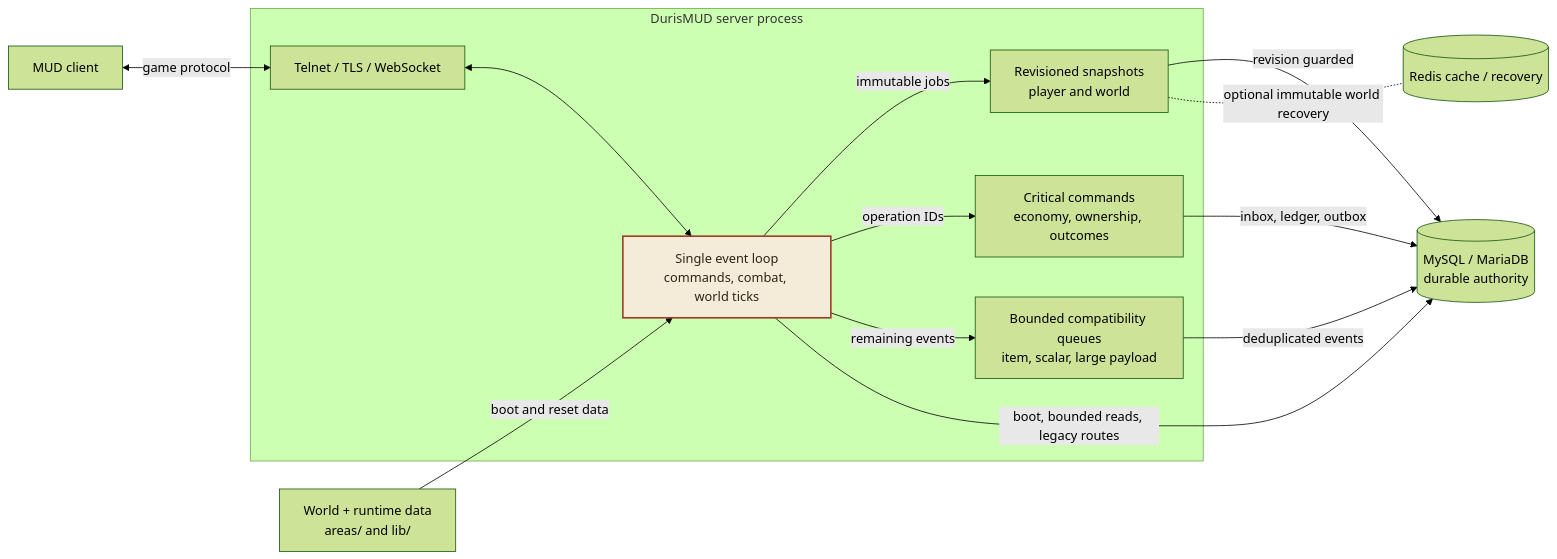
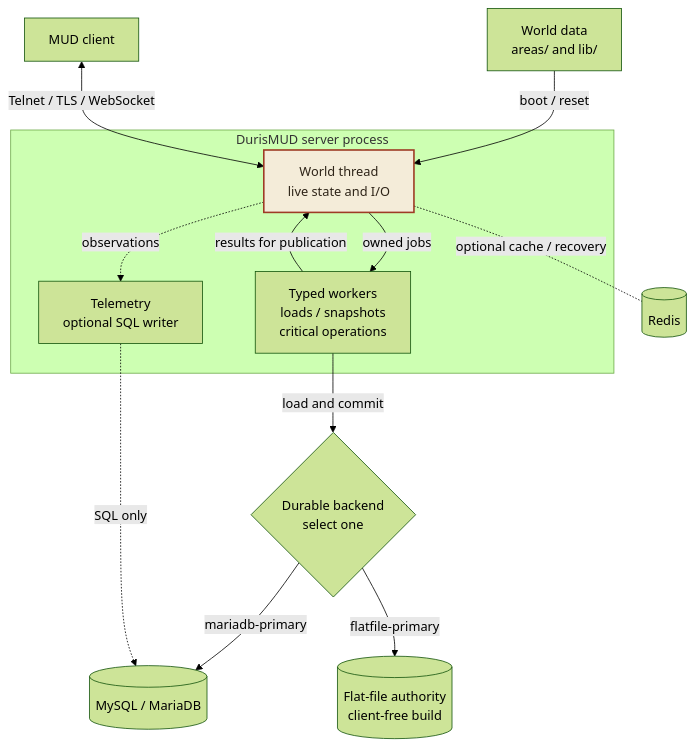
Before and after one commit to Community-Duris/Duris: the diagram in README.md, drawn with Mermaid (forest theme). The commit also changed other lines of this file and 58 other files, not shown here.

First line of the commit message:
docs: update architecture and runtime ownership references

````diff
--- a/README.md
+++ b/README.md
@@ -29,29 +29,30 @@
 ```mermaid
-flowchart LR
+flowchart TB
     Player["MUD client"]
 
     subgraph Server["DurisMUD server process"]
-        Network["Telnet / TLS / WebSocket"]
-        Loop["Single event loop<br/>commands, combat, world ticks"]
-        Snapshots["Revisioned snapshots<br/>player and world"]
-        Commands["Critical commands<br/>economy, ownership, outcomes"]
-        Legacy["Bounded compatibility queues<br/>item, scalar, large payload"]
+        Loop["World thread<br/>live state and I/O"]
+        Workers["Typed workers<br/>loads / snapshots<br/>critical operations"]
+        Telemetry["Telemetry<br/>optional SQL writer"]
 
-        Network <--> Loop
-        Loop -->|immutable jobs| Snapshots
-        Loop -->|operation IDs| Commands
-        Loop -->|remaining events| Legacy
+        Loop -->|owned jobs| Workers
+        Workers -->|results for publication| Loop
+        Loop -.->|observations| Telemetry
     end
 
-    Content["World + runtime data<br/>areas/ and lib/"]
-    Content -->|boot and reset data| Loop
-    Loop -->|boot, bounded reads, legacy routes| Database[("MySQL / MariaDB<br/>durable authority")]
-    Snapshots -->|revision guarded| Database
-    Commands -->|inbox, ledger, outbox| Database
-    Legacy -->|deduplicated events| Database
-    Snapshots -.-|optional immutable world recovery| Redis[("Redis cache / recovery")]
-    Player <-->|game protocol| Network
+    Mode{"Durable backend<br/>select one"}
+    Database[("MySQL / MariaDB")]
+    Flatfile[("Flat-file authority<br/>client-free build")]
+    Mode -->|mariadb-primary| Database
+    Mode -->|flatfile-primary| Flatfile
+
+    Content["World data<br/>areas/ and lib/"]
+    Content -->|boot / reset| Loop
+    Workers -->|load and commit| Mode
+    Telemetry -.->|SQL only| Database
+    Loop -.-|optional cache / recovery| Redis[("Redis")]
+    Player <-->|Telnet / TLS / WebSocket| Loop
 
     classDef focal fill:#f4ecd9,stroke:#9e3b25,color:#2e2418,stroke-width:2px;
     class Loop focal;
 ```
````
